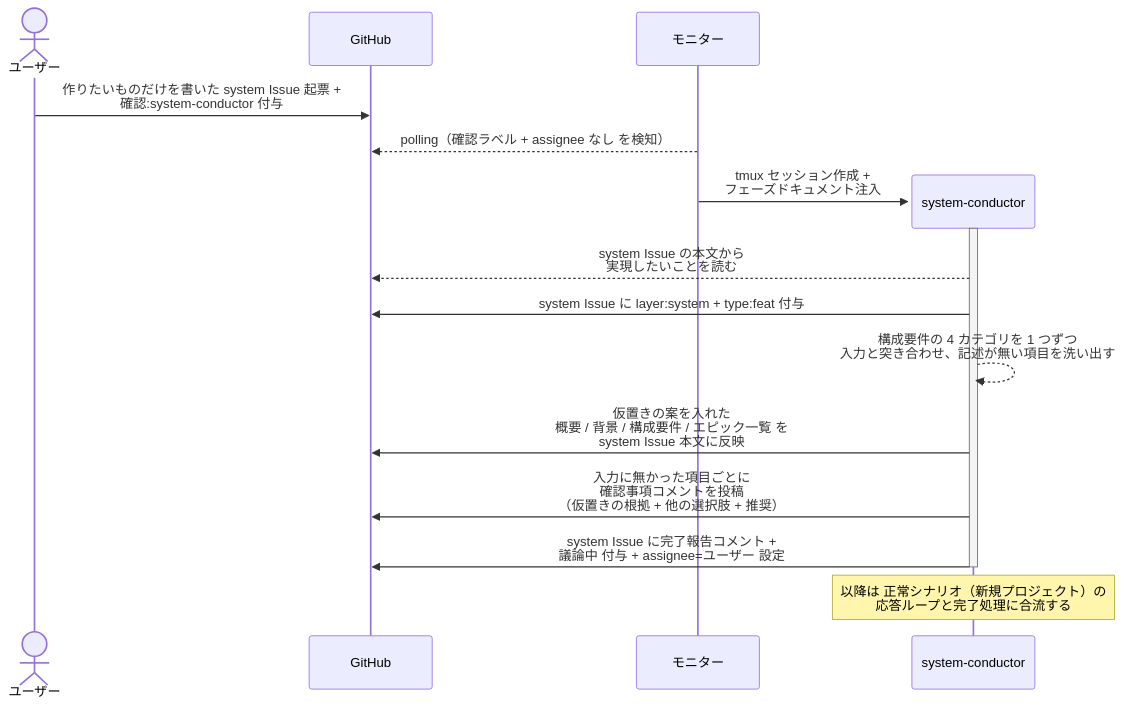
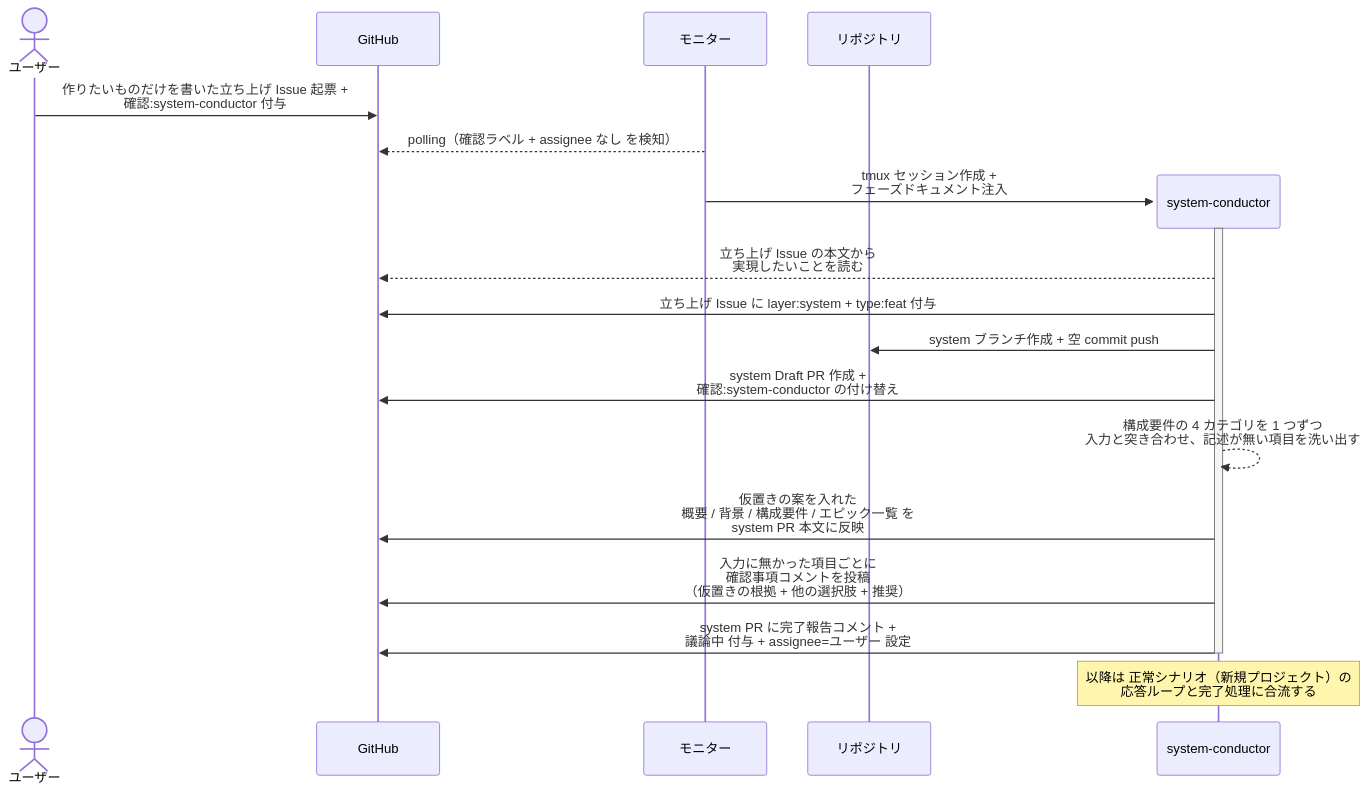
The second of 3 diagrams in docs/wiki/設計図/シナリオ/単一ユースケース/システム構成確定.md (shuhei1101/ai-monitor), drawn with Mermaid before and after one commit. The commit also changed other lines of this file and 256 other files, not shown here.

````diff
--- a/docs/wiki/設計図/シナリオ/単一ユースケース/システム構成確定.md
+++ b/docs/wiki/設計図/シナリオ/単一ユースケース/システム構成確定.md
@@ -99,20 +105,23 @@
 ```mermaid
 sequenceDiagram
   actor U as ユーザー
   participant GH as GitHub
   participant ORC as モニター
+  participant REPO as リポジトリ
 
-  U->>GH: 作りたいものだけを書いた system Issue 起票 +<br>確認:system-conductor 付与
+  U->>GH: 作りたいものだけを書いた立ち上げ Issue 起票 +<br>確認:system-conductor 付与
   ORC-->>GH: polling（確認ラベル + assignee なし を検知）
   create participant MON as system-conductor
   ORC->>MON: tmux セッション作成 +<br>フェーズドキュメント注入
   activate MON
-  MON-->>GH: system Issue の本文から<br>実現したいことを読む
-  MON->>GH: system Issue に layer:system + type:feat 付与
+  MON-->>GH: 立ち上げ Issue の本文から<br>実現したいことを読む
+  MON->>GH: 立ち上げ Issue に layer:system + type:feat 付与
+  MON->>REPO: system ブランチ作成 + 空 commit push
+  MON->>GH: system Draft PR 作成 +<br>確認:system-conductor の付け替え
   MON-->>MON: 構成要件の 4 カテゴリを 1 つずつ<br>入力と突き合わせ、記述が無い項目を洗い出す
-  MON->>GH: 仮置きの案を入れた<br>概要 / 背景 / 構成要件 / エピック一覧 を<br>system Issue 本文に反映
+  MON->>GH: 仮置きの案を入れた<br>概要 / 背景 / 構成要件 / エピック一覧 を<br>system PR 本文に反映
   MON->>GH: 入力に無かった項目ごとに<br>確認事項コメントを投稿<br>（仮置きの根拠 + 他の選択肢 + 推奨）
-  MON->>GH: system Issue に完了報告コメント +<br>議論中 付与 + assignee=ユーザー 設定
+  MON->>GH: system PR に完了報告コメント +<br>議論中 付与 + assignee=ユーザー 設定
   deactivate MON
   Note over MON: 以降は 正常シナリオ（新規プロジェクト）の<br>応答ループと完了処理に合流する
 ```
````
